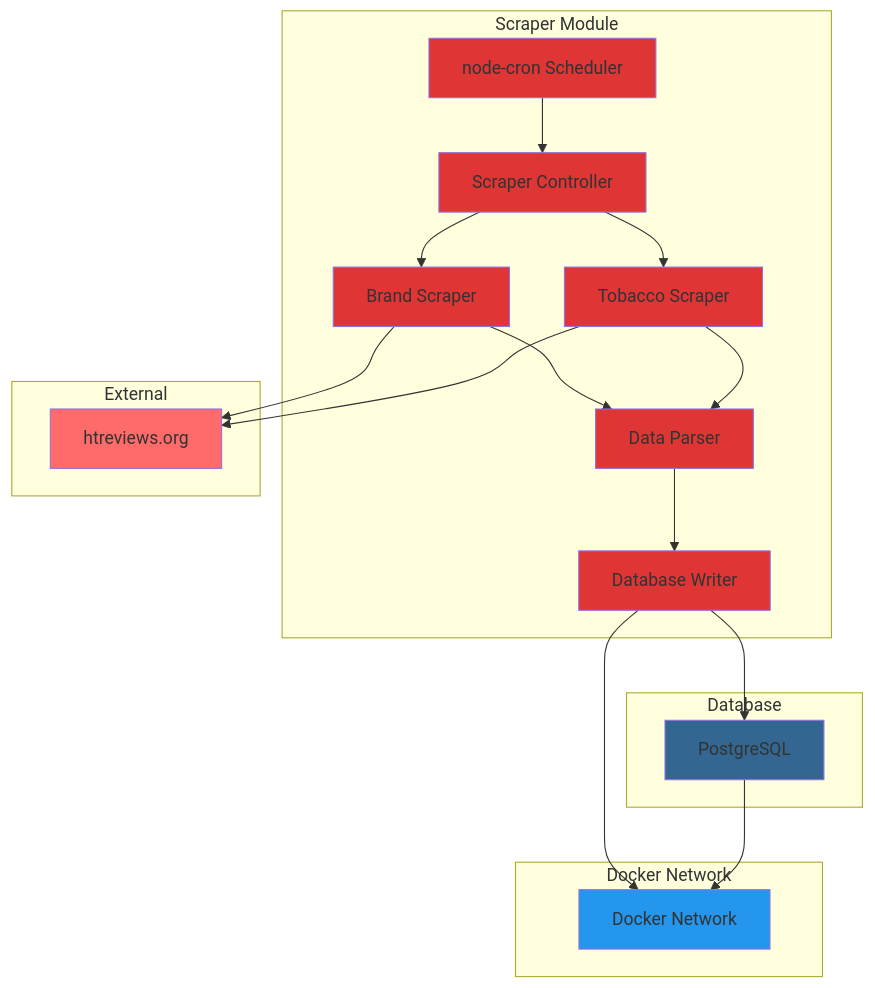
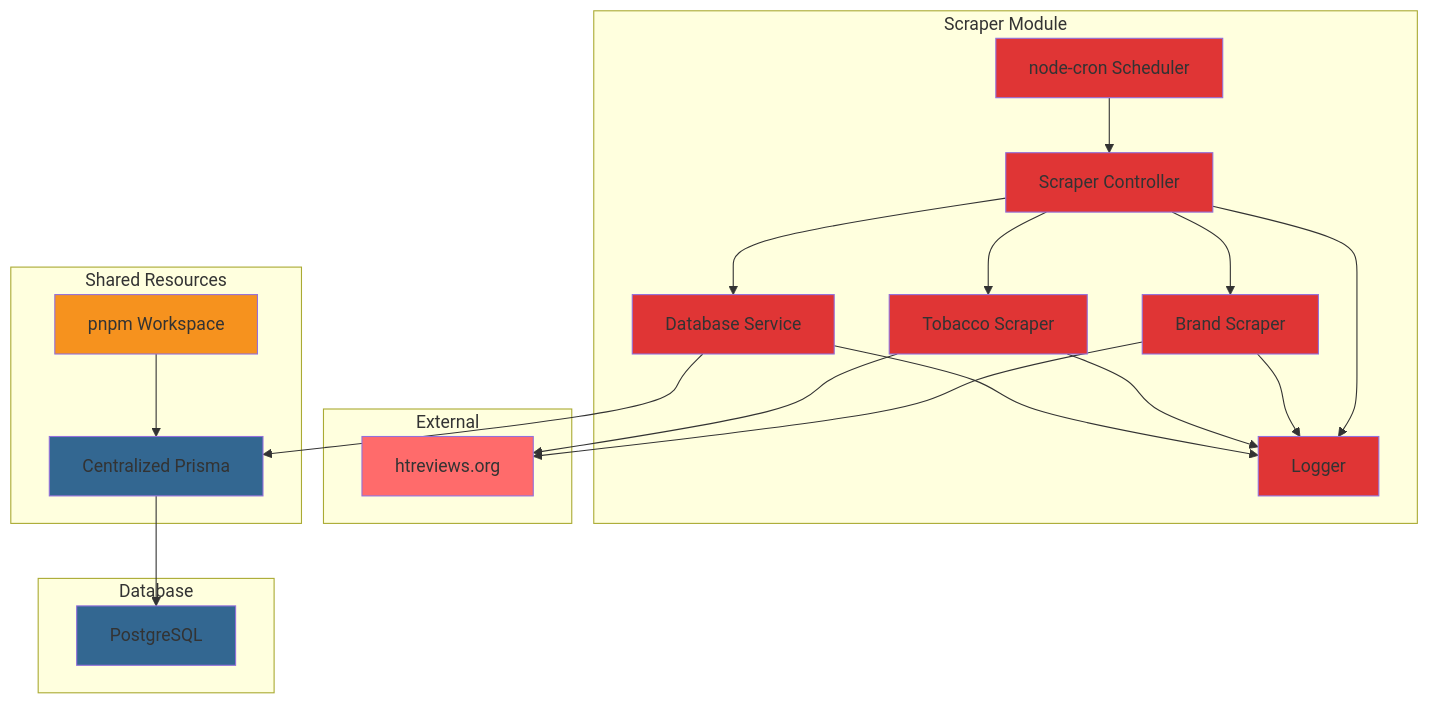
Before and after one commit to Zenderg/hookah-wishlist: the diagram in plans/07-scraper-module.md, drawn with Mermaid. The commit also changed other lines of this file and 6 other files, not shown here.

````diff
--- a/plans/07-scraper-module.md
+++ b/plans/07-scraper-module.md
@@ -17,45 +17,49 @@
 ```mermaid
 graph TB
     subgraph "Scraper Module"
         A[node-cron Scheduler]
         B[Scraper Controller]
         C[Brand Scraper]
         D[Tobacco Scraper]
-        E[Data Parser]
-        F[Database Writer]
+        E[Database Service]
+        F[Logger]
     end
     
     subgraph "External"
         G[htreviews.org]
     end
     
     subgraph "Database"
         H[PostgreSQL]
     end
     
-    subgraph "Docker Network"
-        I[Docker Network]
+    subgraph "Shared Resources"
+        I[Centralized Prisma]
+        J[pnpm Workspace]
     end
     
     A --> B
     B --> C
     B --> D
+    B --> E
     C --> G
     D --> G
-    C --> E
-    D --> E
+    E --> I
+    I --> H
+    B --> F
+    C --> F
+    D --> F
     E --> F
-    F --> H
-    F --> I
-    H --> I
+    J --> I
     
     style A fill:#e03535
     style B fill:#e03535
     style C fill:#e03535
     style D fill:#e03535
     style E fill:#e03535
     style F fill:#e03535
     style G fill:#ff6b6b
     style H fill:#336791
-    style I fill:#2496ed
+    style I fill:#336791
+    style J fill:#f6921e
 ```
````
